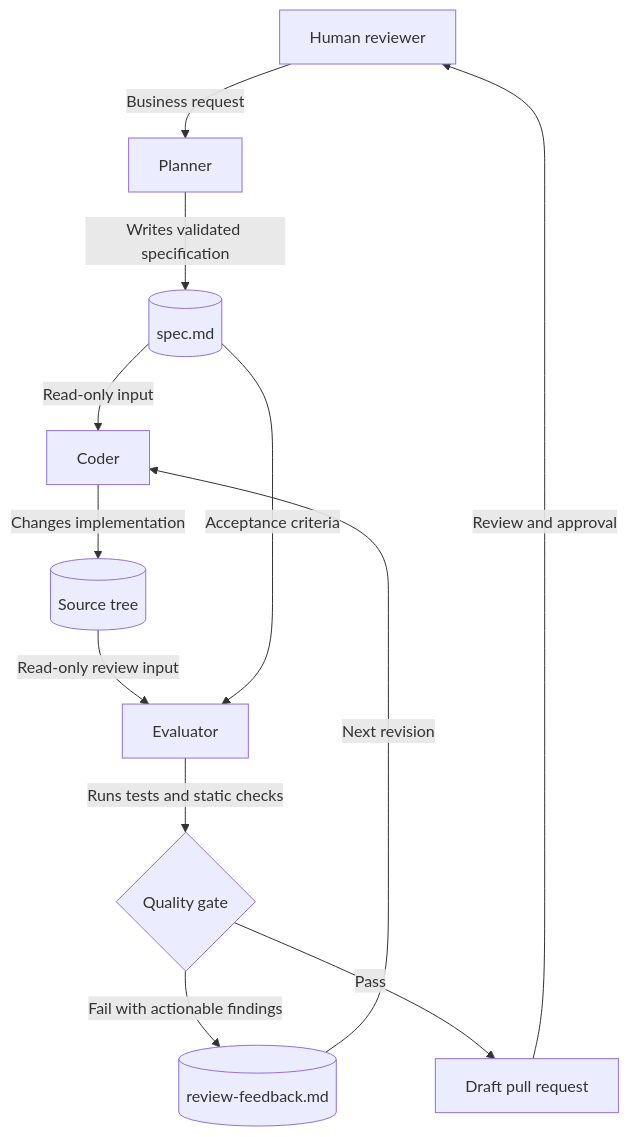
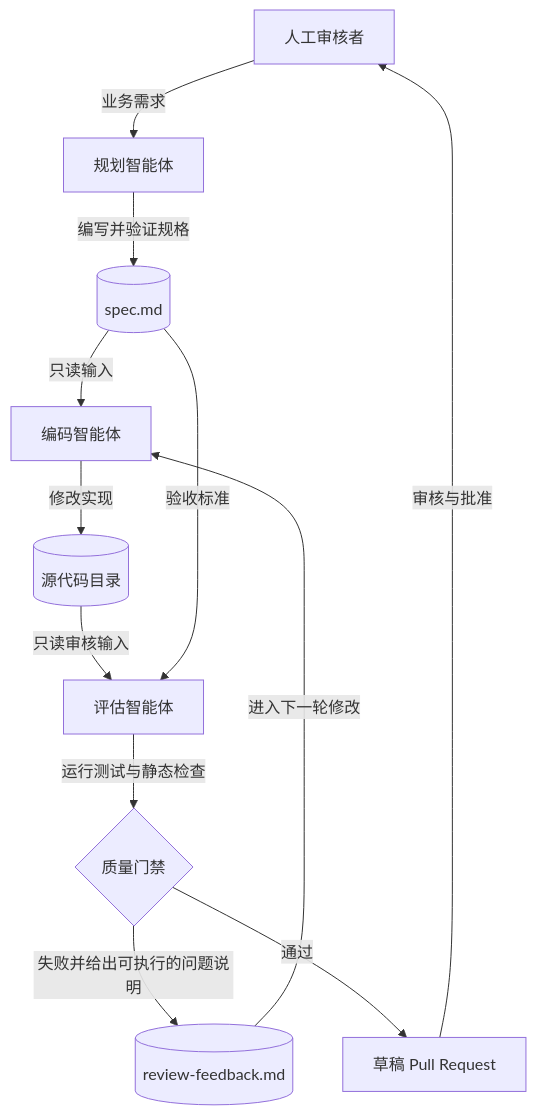
The first of 2 diagrams in ARCHITECTURE.md (Hwak110/mrg), drawn with Mermaid before and after one commit. The commit also changed other lines of this file and 3 other files, not shown here.

````diff
--- a/ARCHITECTURE.md
+++ b/ARCHITECTURE.md
@@ -7,14 +7,14 @@
 ```mermaid
 flowchart TD
-    Human[Human reviewer] -->|Business request| Planner[Planner]
-    Planner -->|Writes validated specification| Spec[(spec.md)]
-    Spec -->|Read-only input| Coder[Coder]
-    Coder -->|Changes implementation| Source[(Source tree)]
-    Source -->|Read-only review input| Evaluator[Evaluator]
-    Spec -->|Acceptance criteria| Evaluator
-    Evaluator -->|Runs tests and static checks| Decision{Quality gate}
-    Decision -->|Fail with actionable findings| Feedback[(review-feedback.md)]
-    Feedback -->|Next revision| Coder
-    Decision -->|Pass| PullRequest[Draft pull request]
-    PullRequest -->|Review and approval| Human
+    Human[人工审核者] -->|业务需求| Planner[规划智能体]
+    Planner -->|编写并验证规格| Spec[(spec.md)]
+    Spec -->|只读输入| Coder[编码智能体]
+    Coder -->|修改实现| Source[(源代码目录)]
+    Source -->|只读审核输入| Evaluator[评估智能体]
+    Spec -->|验收标准| Evaluator
+    Evaluator -->|运行测试与静态检查| Decision{质量门禁}
+    Decision -->|失败并给出可执行的问题说明| Feedback[(review-feedback.md)]
+    Feedback -->|进入下一轮修改| Coder
+    Decision -->|通过| PullRequest[草稿 Pull Request]
+    PullRequest -->|审核与批准| Human
 ```
````
